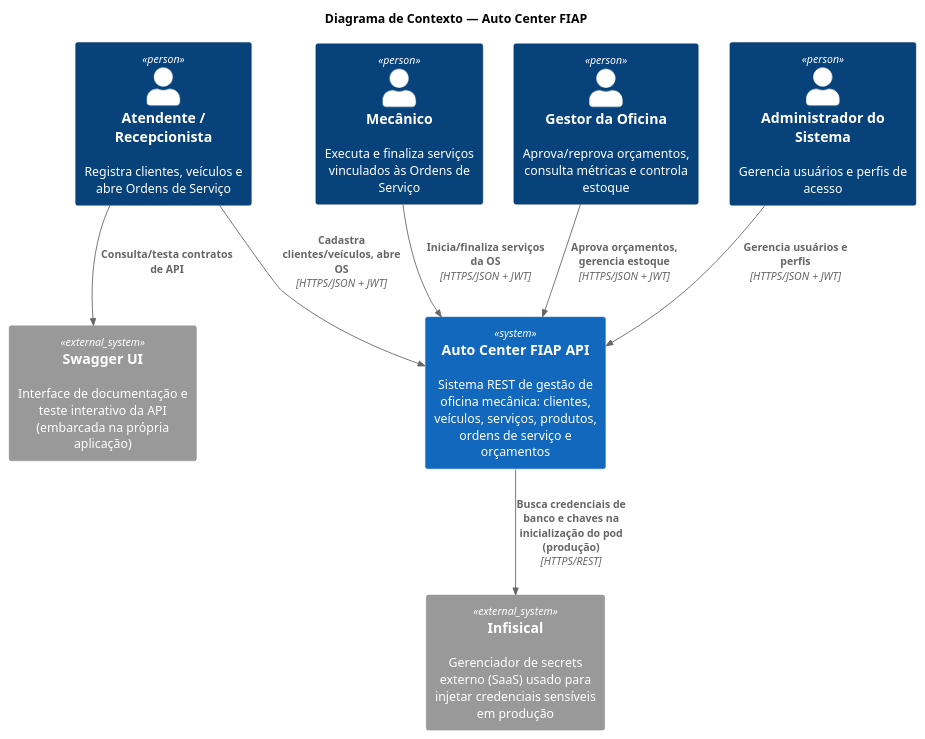
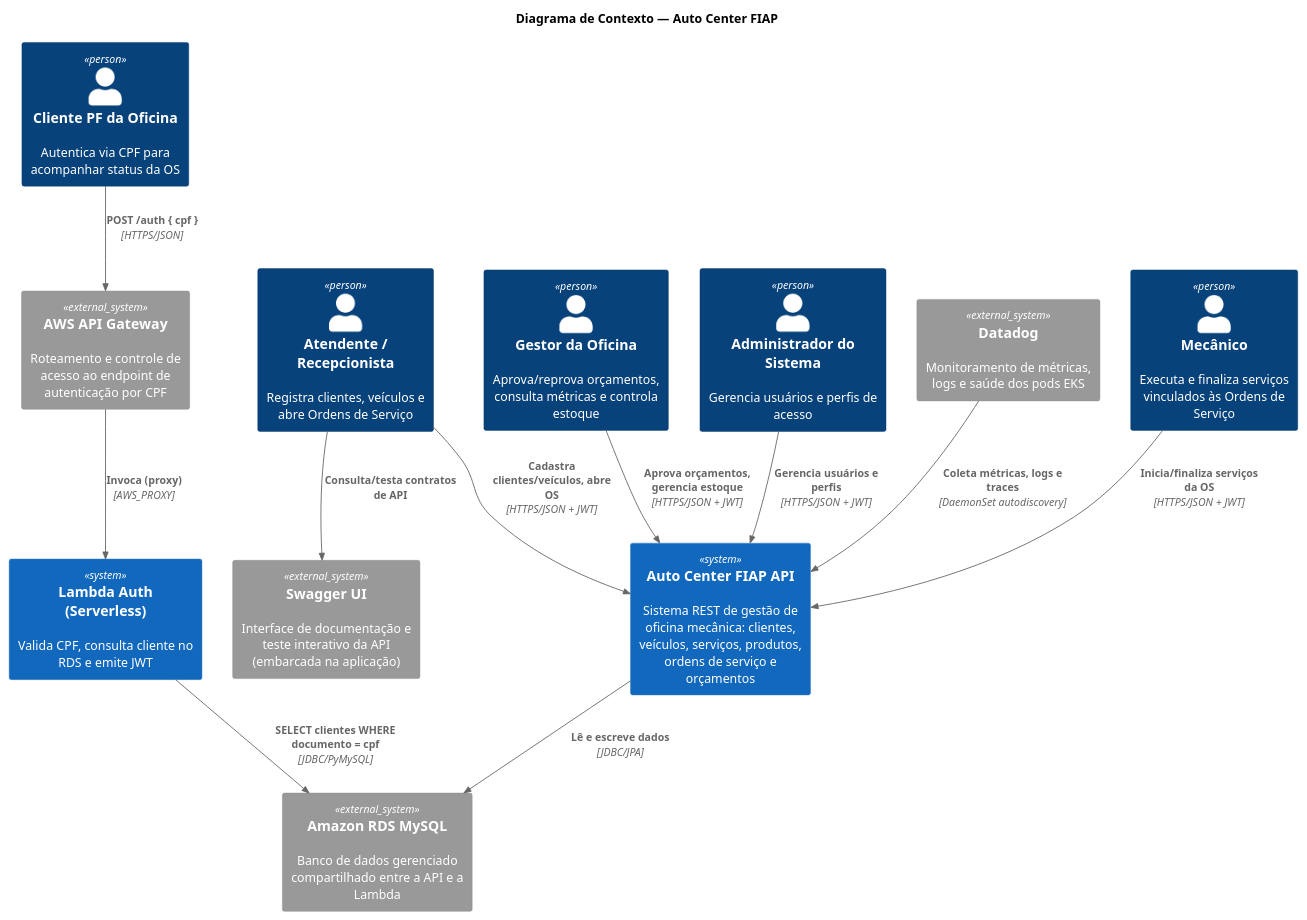
Before and after one commit to AutocenterFiap/autocenter: the first of 8 diagrams in README.md, drawn with PlantUML. The commit also changed other lines of this file, not shown here.

````diff
--- a/README.md
+++ b/README.md
@@ -144,25 +141,33 @@
 ```plantuml
 @startuml C4_Context_AutoCenterFIAP
 !include <C4/C4_Context>
 
 title Diagrama de Contexto — Auto Center FIAP
 
 Person(atendente, "Atendente / Recepcionista", "Registra clientes, veículos e abre Ordens de Serviço")
 Person(mecanico, "Mecânico", "Executa e finaliza serviços vinculados às Ordens de Serviço")
 Person(gestor, "Gestor da Oficina", "Aprova/reprova orçamentos, consulta métricas e controla estoque")
 Person(admin, "Administrador do Sistema", "Gerencia usuários e perfis de acesso")
+Person(cliente_pf, "Cliente PF da Oficina", "Autentica via CPF para acompanhar status da OS")
 
 System(autoCenterFiap, "Auto Center FIAP API", "Sistema REST de gestão de oficina mecânica: clientes, veículos, serviços, produtos, ordens de serviço e orçamentos")
+System(lambdaAuth, "Lambda Auth (Serverless)", "Valida CPF, consulta cliente no RDS e emite JWT")
 
-System_Ext(infisical, "Infisical", "Gerenciador de secrets externo (SaaS) usado para injetar credenciais sensíveis em produção")
-System_Ext(swaggerUI, "Swagger UI", "Interface de documentação e teste interativo da API (embarcada na própria aplicação)")
+System_Ext(apiGateway, "AWS API Gateway", "Roteamento e controle de acesso ao endpoint de autenticação por CPF")
+System_Ext(rds, "Amazon RDS MySQL", "Banco de dados gerenciado compartilhado entre a API e a Lambda")
+System_Ext(datadog, "Datadog", "Monitoramento de métricas, logs e saúde dos pods EKS")
+System_Ext(swaggerUI, "Swagger UI", "Interface de documentação e teste interativo da API (embarcada na aplicação)")
 
 Rel(atendente, autoCenterFiap, "Cadastra clientes/veículos, abre OS", "HTTPS/JSON + JWT")
 Rel(mecanico, autoCenterFiap, "Inicia/finaliza serviços da OS", "HTTPS/JSON + JWT")
 Rel(gestor, autoCenterFiap, "Aprova orçamentos, gerencia estoque", "HTTPS/JSON + JWT")
 Rel(admin, autoCenterFiap, "Gerencia usuários e perfis", "HTTPS/JSON + JWT")
-Rel(autoCenterFiap, infisical, "Busca credenciais de banco e chaves na inicialização do pod (produção)", "HTTPS/REST")
+Rel(cliente_pf, apiGateway, "POST /auth { cpf }", "HTTPS/JSON")
+Rel(apiGateway, lambdaAuth, "Invoca (proxy)", "AWS_PROXY")
+Rel(lambdaAuth, rds, "SELECT clientes WHERE documento = cpf", "JDBC/PyMySQL")
+Rel(autoCenterFiap, rds, "Lê e escreve dados", "JDBC/JPA")
+Rel(datadog, autoCenterFiap, "Coleta métricas, logs e traces", "DaemonSet autodiscovery")
 Rel(atendente, swaggerUI, "Consulta/testa contratos de API")
 
 @enduml
 ```
````
